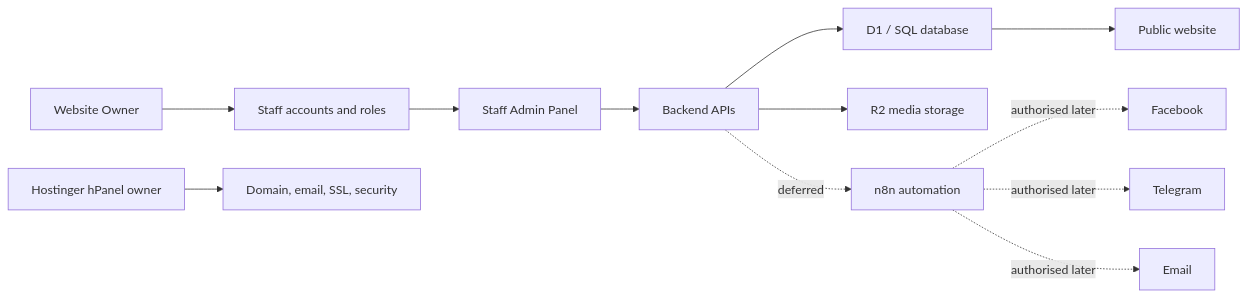
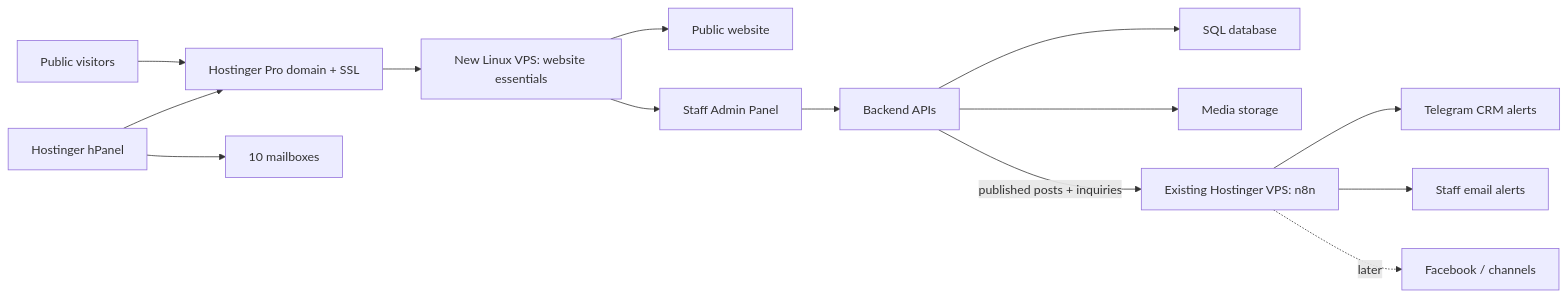
The diagram in README.md (kyawzinIT99/BCC-website), drawn with Mermaid before and after one commit. The commit also changed other lines of this file and 18 other files, not shown here.

````diff
--- a/README.md
+++ b/README.md
@@ -34,14 +34,16 @@
 ```mermaid
 flowchart LR
-  Owner["Website Owner"] --> Users["Staff accounts and roles"]
-  Users --> Staff["Staff Admin Panel"]
+  Visitors["Public visitors"] --> Domain["Hostinger Pro domain + SSL"]
+  Domain --> SiteVPS["New Linux VPS: website essentials"]
+  SiteVPS --> Public["Public website"]
+  SiteVPS --> Staff["Staff Admin Panel"]
   Staff --> API["Backend APIs"]
-  API --> DB["D1 / SQL database"]
-  API --> Media["R2 media storage"]
-  DB --> Public["Public website"]
-  API -. deferred .-> N8N["n8n automation"]
-  N8N -. authorised later .-> FB["Facebook"]
-  N8N -. authorised later .-> TG["Telegram"]
-  N8N -. authorised later .-> Email["Email"]
-  HPanel["Hostinger hPanel owner"] --> Infra["Domain, email, SSL, security"]
+  API --> DB["SQL database"]
+  API --> Media["Media storage"]
+  API -->|"published posts + inquiries"| N8N["Existing Hostinger VPS: n8n"]
+  N8N --> TG["Telegram CRM alerts"]
+  N8N --> Mail["Staff email alerts"]
+  N8N -. later .-> FB["Facebook / channels"]
+  HPanel["Hostinger hPanel"] --> Domain
+  HPanel --> Mailboxes["10 mailboxes"]
 ```
````
